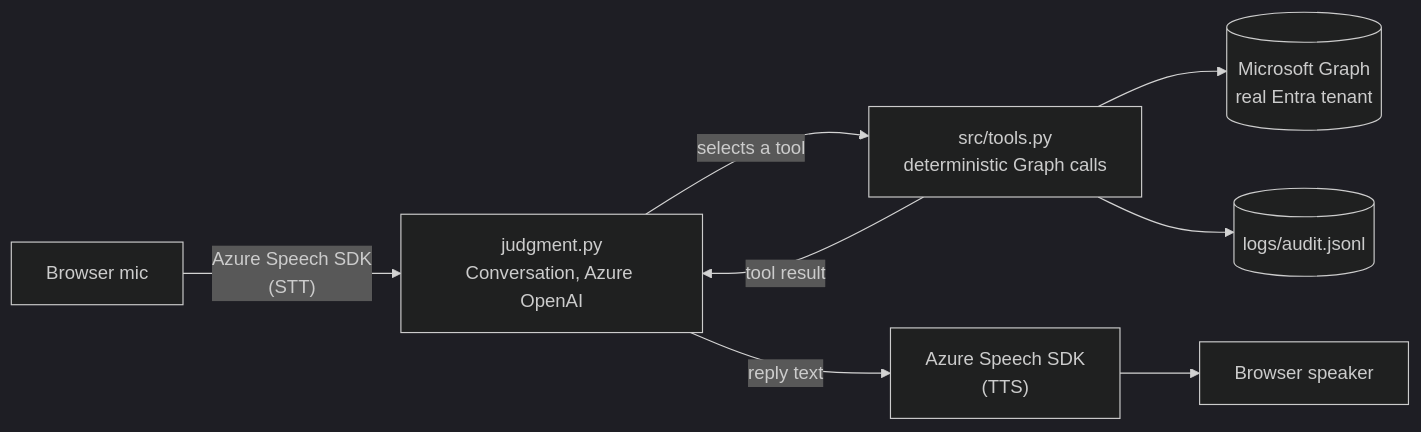
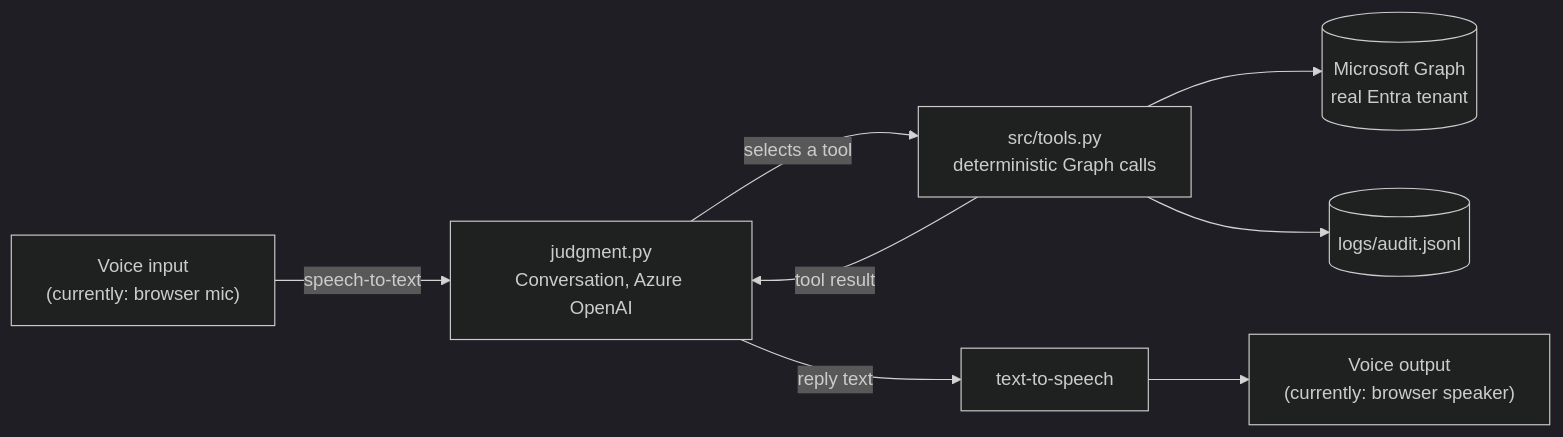
One commit to vaibhavmahna/sspr-voice-agent changed the diagram in README.md. Above: the diagram before and after it, drawn with Mermaid (dark theme). The commit also changed other lines of this file and 1 other file, not shown here.

First line of the commit message:
docs: frame voice input as swappable, add ACS to roadmap

````diff
--- a/README.md
+++ b/README.md
@@ -37,9 +37,9 @@
 ```mermaid
 flowchart LR
-    A["Browser mic"] -->|"Azure Speech SDK\n(STT)"| B["judgment.py\nConversation, Azure OpenAI"]
+    A["Voice input\n(currently: browser mic)"] -->|"speech-to-text"| B["judgment.py\nConversation, Azure OpenAI"]
     B -->|"selects a tool"| C["src/tools.py\ndeterministic Graph calls"]
     C --> D[("Microsoft Graph\nreal Entra tenant")]
     C --> E[("logs/audit.jsonl")]
     C -->|"tool result"| B
-    B -->|"reply text"| F["Azure Speech SDK\n(TTS)"] --> G["Browser speaker"]
+    B -->|"reply text"| F["text-to-speech"] --> G["Voice output\n(currently: browser speaker)"]
 ```
````
